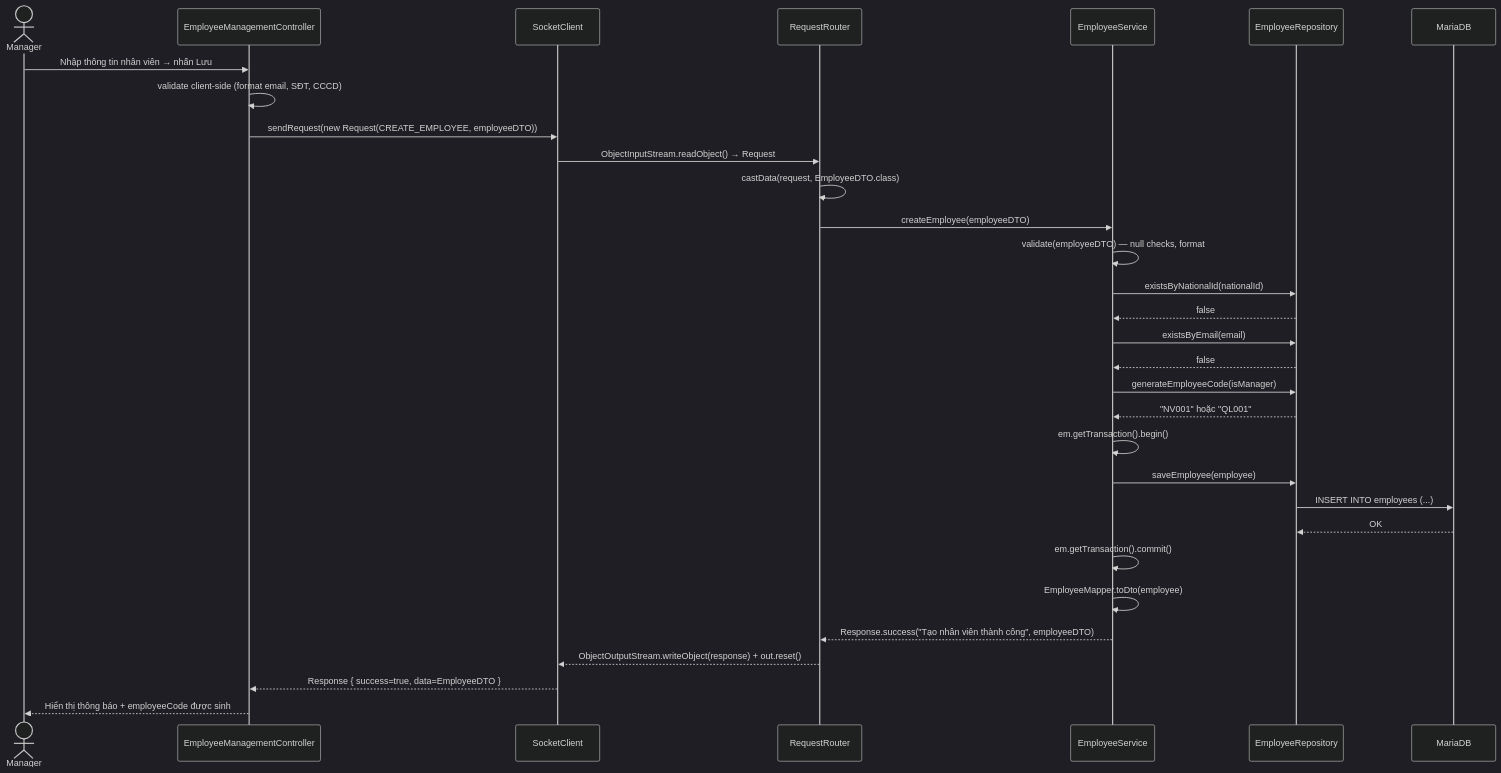
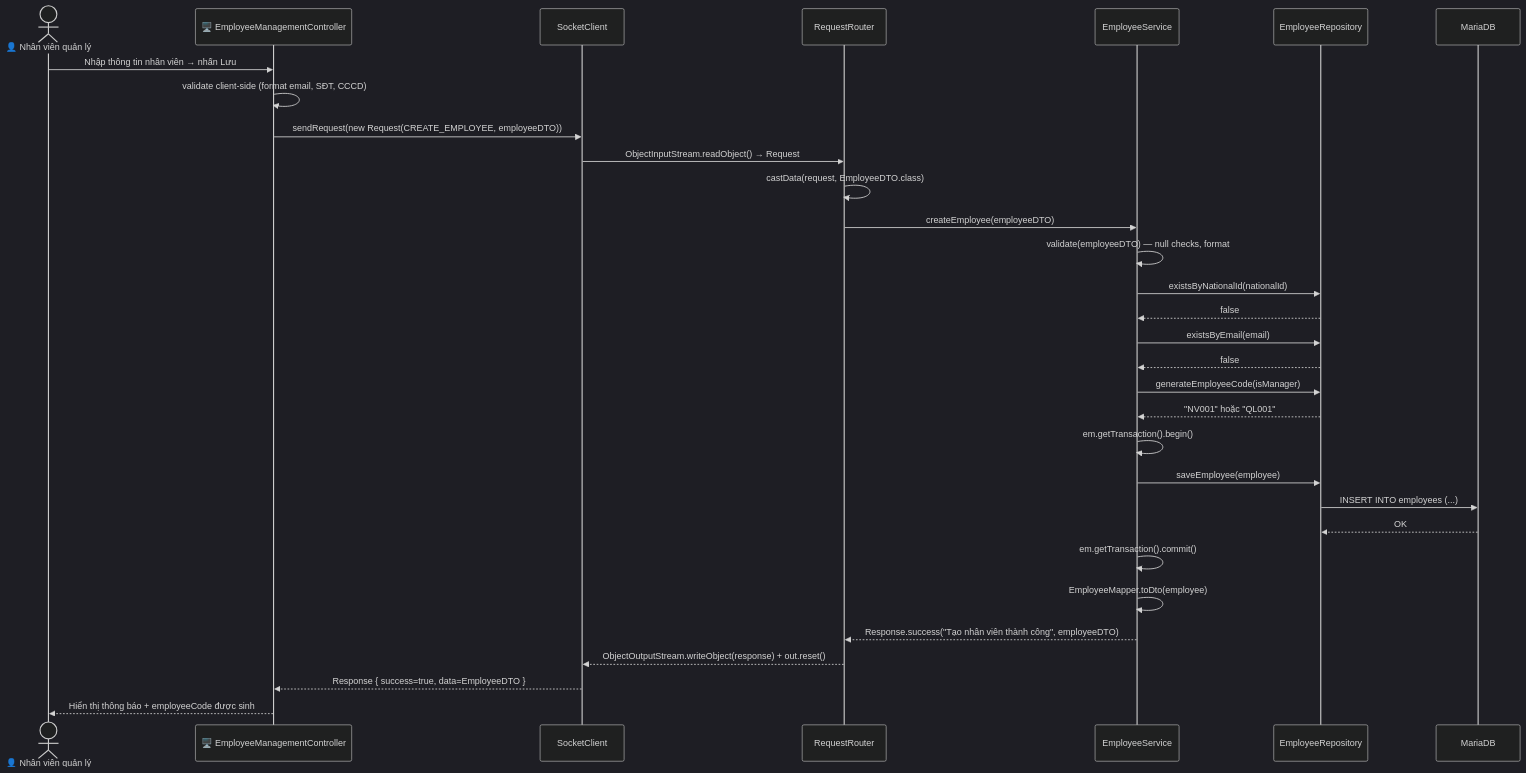
One commit to Distributed-Programing-Project/railway-reservation-system-server changed the second of 7 diagrams in docs/diagrams/sequence/uc013-quan-ly-nhan-vien.md. Above: the diagram before and after it, drawn with Mermaid (dark theme). The commit also changed other lines of this file and 1 other file, not shown here.

First line of the commit message:
fix(diagram): add User layer and align actor names across uc005 and uc013 sequences

````diff
--- a/docs/diagrams/sequence/uc013-quan-ly-nhan-vien.md
+++ b/docs/diagrams/sequence/uc013-quan-ly-nhan-vien.md
@@ -55,34 +55,34 @@
 ```mermaid
 sequenceDiagram
-    actor Manager
-    participant UI as EmployeeManagementController
+    actor User as 👤 Nhân viên quản lý
+    participant UI as 🖥️ EmployeeManagementController
     participant SC as SocketClient
     participant Router as RequestRouter
     participant Svc as EmployeeService
     participant Repo as EmployeeRepository
     participant DB as MariaDB
 
-    Manager->>UI: Nhập thông tin nhân viên → nhấn Lưu
+    User->>UI: Nhập thông tin nhân viên → nhấn Lưu
     UI->>UI: validate client-side (format email, SĐT, CCCD)
     UI->>SC: sendRequest(new Request(CREATE_EMPLOYEE, employeeDTO))
     SC->>Router: ObjectInputStream.readObject() → Request
     Router->>Router: castData(request, EmployeeDTO.class)
     Router->>Svc: createEmployee(employeeDTO)
     Svc->>Svc: validate(employeeDTO) — null checks, format
     Svc->>Repo: existsByNationalId(nationalId)
     Repo-->>Svc: false
     Svc->>Repo: existsByEmail(email)
     Repo-->>Svc: false
     Svc->>Repo: generateEmployeeCode(isManager)
     Repo-->>Svc: "NV001" hoặc "QL001"
     Svc->>Svc: em.getTransaction().begin()
     Svc->>Repo: saveEmployee(employee)
     Repo->>DB: INSERT INTO employees (...)
     DB-->>Repo: OK
     Svc->>Svc: em.getTransaction().commit()
     Svc->>Svc: EmployeeMapper.toDto(employee)
     Svc-->>Router: Response.success("Tạo nhân viên thành công", employeeDTO)
     Router-->>SC: ObjectOutputStream.writeObject(response) + out.reset()
     SC-->>UI: Response { success=true, data=EmployeeDTO }
-    UI-->>Manager: Hiển thị thông báo + employeeCode được sinh
+    UI-->>User: Hiển thị thông báo + employeeCode được sinh
 ```
````
